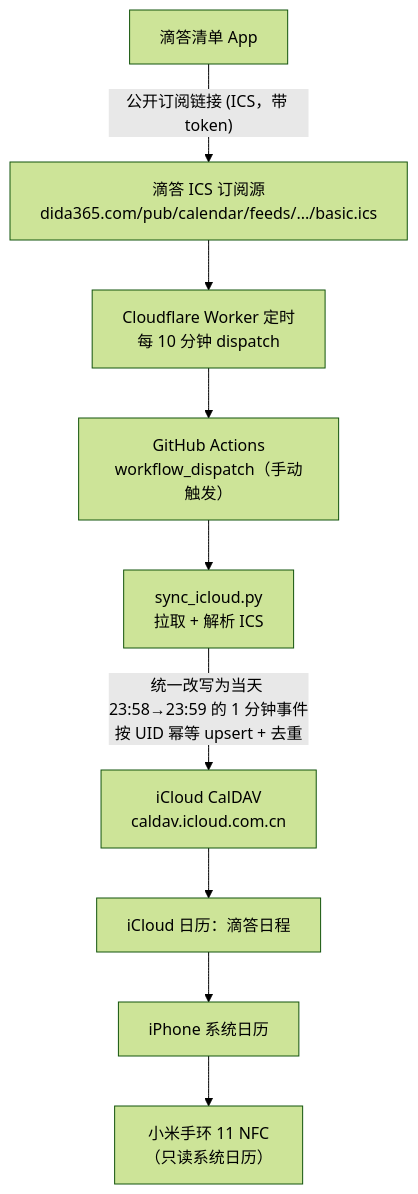
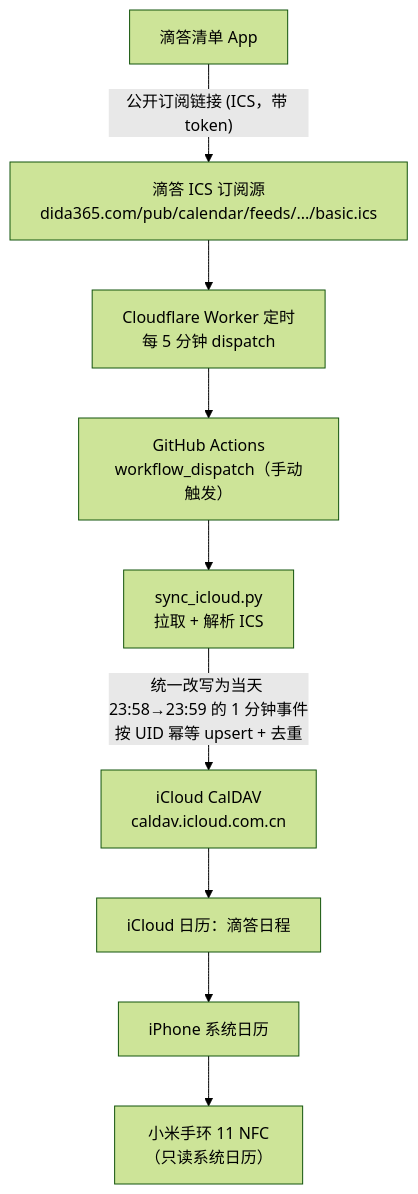
Before and after one commit to chenjiarui123/dida-ics-sync: the first of 2 diagrams in README.md, drawn with Mermaid (forest theme). The commit also changed other lines of this file and 2 other files, not shown here.

````diff
--- a/README.md
+++ b/README.md
@@ -11,11 +11,11 @@
 ```mermaid
 flowchart TD
     A["滴答清单 App"] -->|"公开订阅链接 (ICS，带 token)"| B["滴答 ICS 订阅源<br/>dida365.com/pub/calendar/feeds/.../basic.ics"]
-    B --> C["Cloudflare Worker 定时<br/>每 10 分钟 dispatch"]
+    B --> C["Cloudflare Worker 定时<br/>每 5 分钟 dispatch"]
     C --> CA["GitHub Actions<br/>workflow_dispatch（手动触发）"]
     CA --> D["sync_icloud.py<br/>拉取 + 解析 ICS"]
     D -->|"统一改写为当天 23:58→23:59 的 1 分钟事件<br/>按 UID 幂等 upsert + 去重"| E["iCloud CalDAV<br/>caldav.icloud.com.cn"]
     E --> F["iCloud 日历：滴答日程"]
     F --> G["iPhone 系统日历"]
     G --> H["小米手环 11 NFC<br/>（只读系统日历）"]
 ```
````
